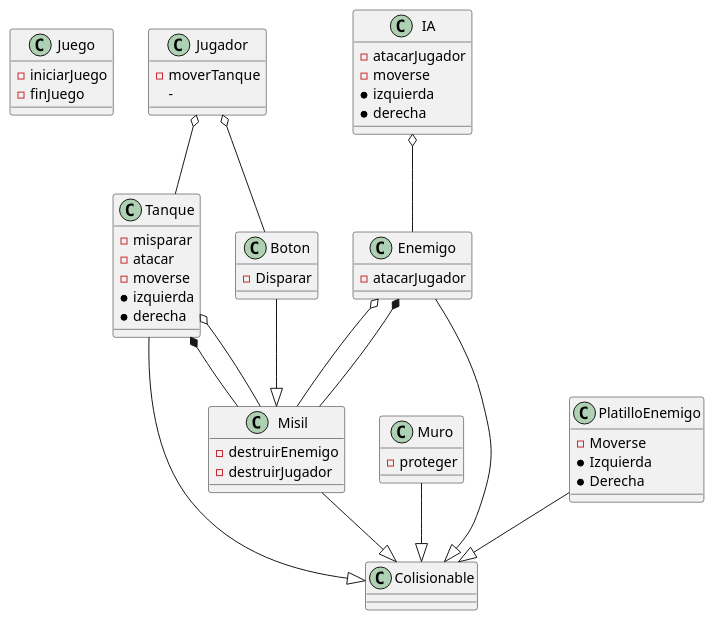
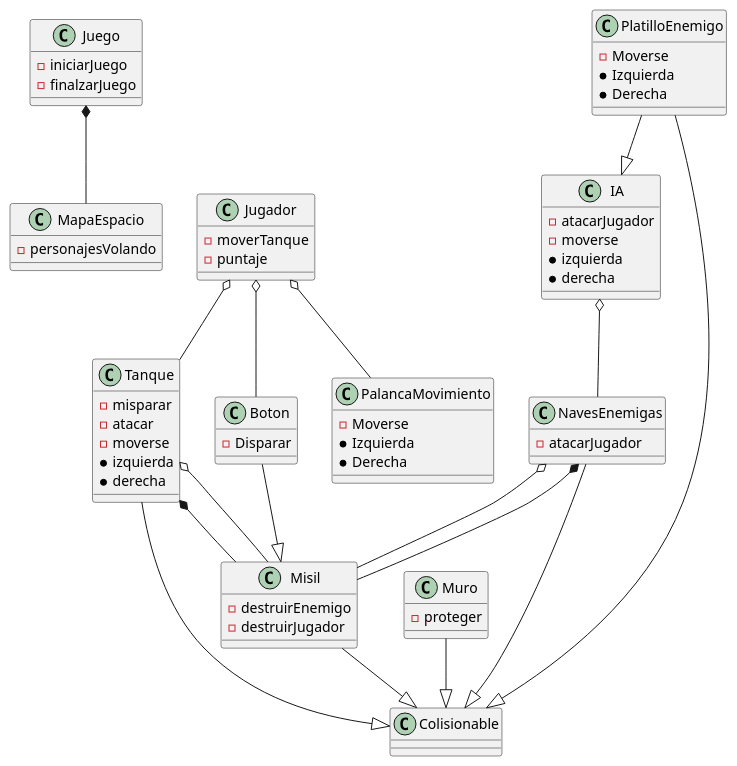
Before and after one commit to EduardoIsaacC/space_invaders: the diagram in docs/Space_Invaders.puml, drawn with PlantUML. The commit also changed 5 other files, not shown here.

```diff
--- a/docs/Space_Invaders.puml
+++ b/docs/Space_Invaders.puml
@@ -1,56 +1,67 @@
 @startuml Space_Invaders
 class Juego{
 - iniciarJuego
-- finJuego
+- finalzarJuego
 }
 class Jugador{
 - moverTanque
-- 
+- puntaje
 }
 class IA{
 - atacarJugador
 - moverse
 * izquierda
 * derecha
 }
 class Muro{
 - proteger
 }
 class Tanque{
 - misparar
 - atacar
 - moverse
 *izquierda
 *derecha
 }
-class Enemigo{
+class NavesEnemigas{
 -atacarJugador
 }
 class Misil{
 -destruirEnemigo
 -destruirJugador
 }
 class Colisionable 
 class Boton{
 -Disparar
 }
 class PlatilloEnemigo{
 -Moverse
 *Izquierda
 *Derecha
 }
+class PalancaMovimiento{
+    -Moverse
+*Izquierda
+*Derecha
+}
+class MapaEspacio{
+    -personajesVolando
+}
 
 Jugador o-- Tanque
 Muro --|> Colisionable
 Misil --|> Colisionable
-IA o-- Enemigo
-Enemigo o-- Misil
+IA o-- NavesEnemigas
+NavesEnemigas o-- Misil
 Boton --|> Misil
 Tanque *--  Misil
 Jugador o-- Boton
-Enemigo --|> Colisionable
+NavesEnemigas --|> Colisionable
 Tanque --|> Colisionable
 PlatilloEnemigo --|> Colisionable
 Tanque o-- Misil
-Enemigo *--  Misil
+NavesEnemigas *--  Misil
+PlatilloEnemigo --|> IA
+Jugador o-- PalancaMovimiento
+Juego *-- MapaEspacio
 @enduml
```
